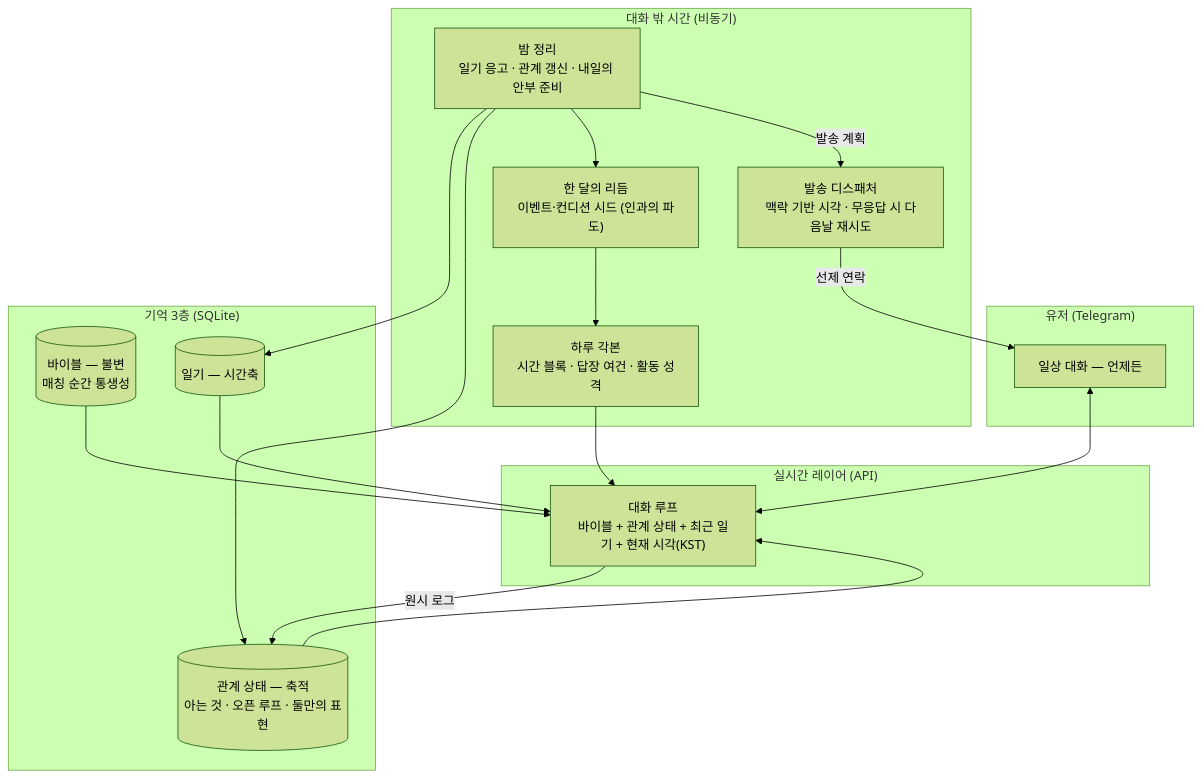
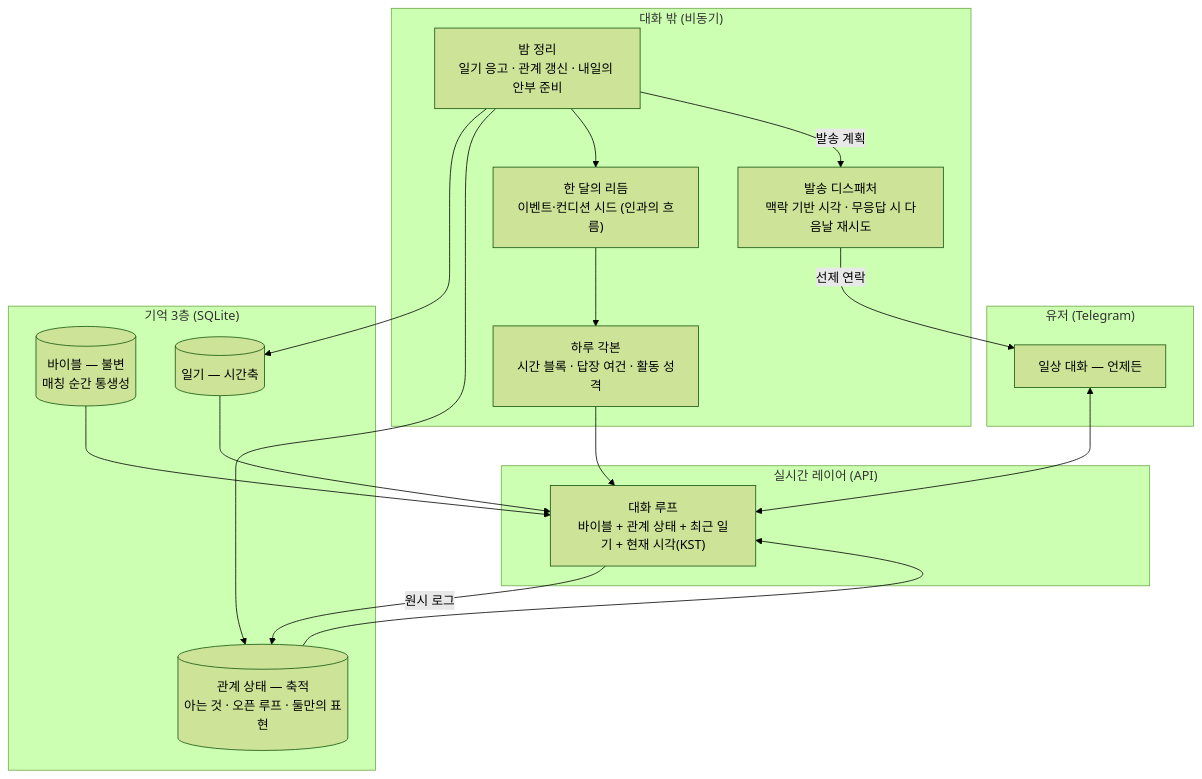
One commit to hyewon3938/random-ai-companion changed the diagram in README.md. Above: the diagram before and after it, drawn with Mermaid (forest theme). The commit also changed other lines of this file, not shown here.

````diff
--- a/README.md
+++ b/README.md
@@ -107,32 +110,32 @@
 ```mermaid
 graph TB
     subgraph TG["유저 (Telegram)"]
         U["일상 대화 — 언제든"]
     end
     subgraph RT["실시간 레이어 (API)"]
         BOT["대화 루프<br/>바이블 + 관계 상태 + 최근 일기 + 현재 시각(KST)"]
     end
-    subgraph ASYNC["대화 밖 시간 (비동기)"]
-        RHYTHM["한 달의 리듬<br/>이벤트·컨디션 시드 (인과의 파도)"]
+    subgraph ASYNC["대화 밖 (비동기)"]
+        RHYTHM["한 달의 리듬<br/>이벤트·컨디션 시드 (인과의 흐름)"]
         PLAN["하루 각본<br/>시간 블록 · 답장 여건 · 활동 성격"]
         DIARY["밤 정리<br/>일기 응고 · 관계 갱신 · 내일의 안부 준비"]
         DISP["발송 디스패처<br/>맥락 기반 시각 · 무응답 시 다음날 재시도"]
     end
     subgraph MEM["기억 3층 (SQLite)"]
         B[("바이블 — 불변<br/>매칭 순간 통생성")]
         R[("관계 상태 — 축적<br/>아는 것 · 오픈 루프 · 둘만의 표현")]
         D[("일기 — 시간축")]
     end
     U <--> BOT
     B --> BOT
     R --> BOT
     D --> BOT
     BOT -->|원시 로그| R
     DIARY --> D
     DIARY --> R
     DIARY --> RHYTHM
     RHYTHM --> PLAN
     PLAN --> BOT
     DIARY -->|발송 계획| DISP
     DISP -->|선제 연락| U
 ```
````
